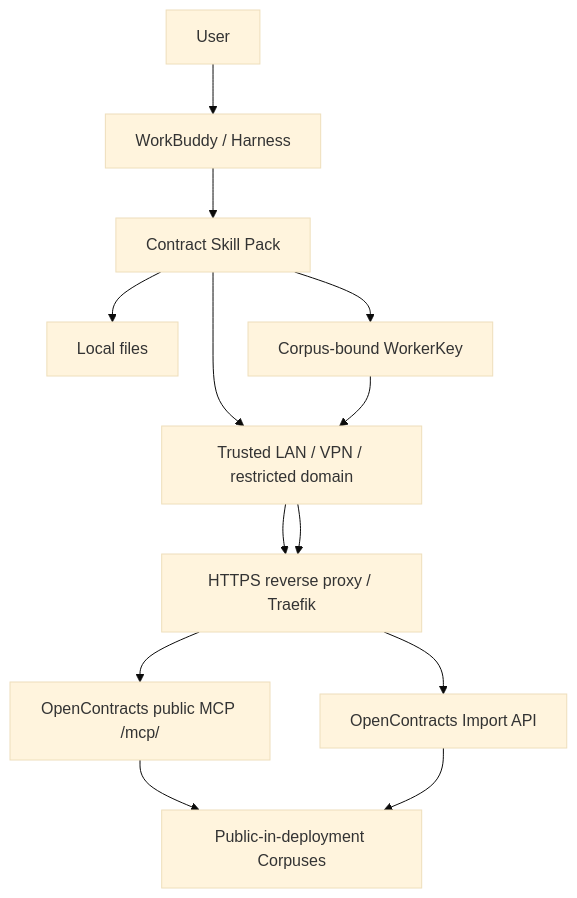
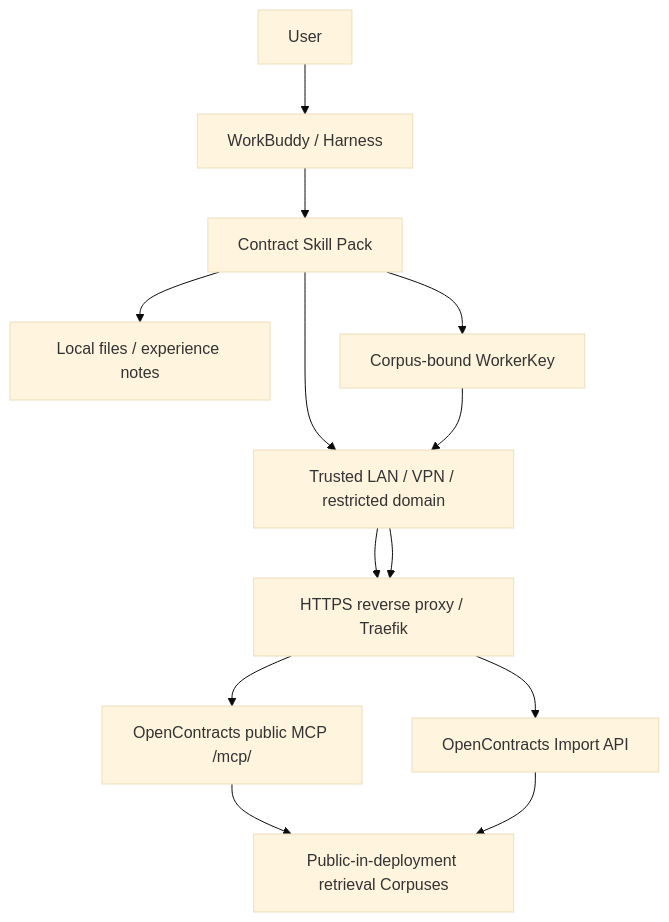
One commit to Ri0n72Y/ContractBotConfig changed the diagram in docs/architecture/security.md. Above: the diagram before and after it, drawn with Mermaid (base theme). The commit also changed other lines of this file, not shown here.

Commit message:
docs: remove learning corpus from security architecture

````diff
--- a/docs/architecture/security.md
+++ b/docs/architecture/security.md
@@ -23,18 +23,18 @@
 ```mermaid
 flowchart TB
     User[User]
     Harness[WorkBuddy / Harness]
     Skill[Contract Skill Pack]
-    Local[Local files]
+    Local[Local files / experience notes]
     Net[Trusted LAN / VPN / restricted domain]
     HTTPS[HTTPS reverse proxy / Traefik]
     MCP[OpenContracts public MCP /mcp/]
     Worker[Corpus-bound WorkerKey]
     Import[OpenContracts Import API]
-    Corpora[Public-in-deployment Corpuses]
+    Corpora[Public-in-deployment retrieval Corpuses]
 
     User --> Harness --> Skill
     Skill --> Local
     Skill --> Net --> HTTPS --> MCP --> Corpora
     Skill --> Worker --> Net --> HTTPS --> Import --> Corpora
 ```
````
